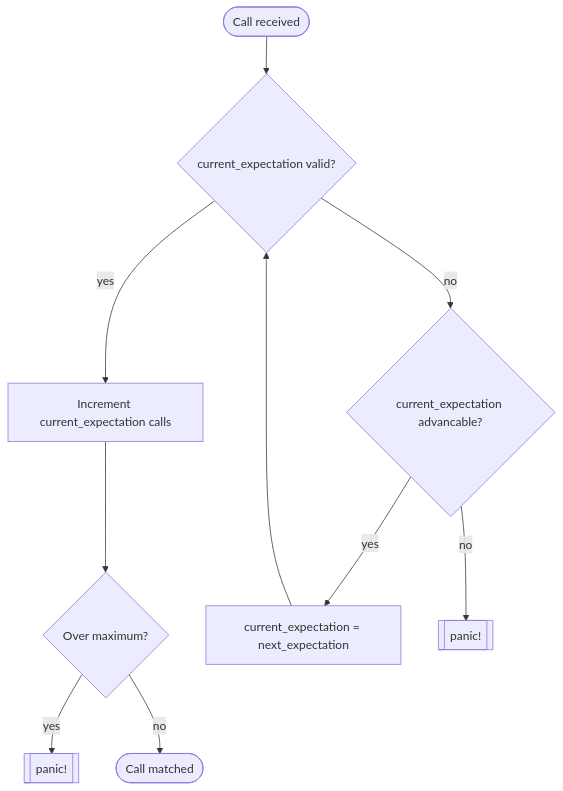
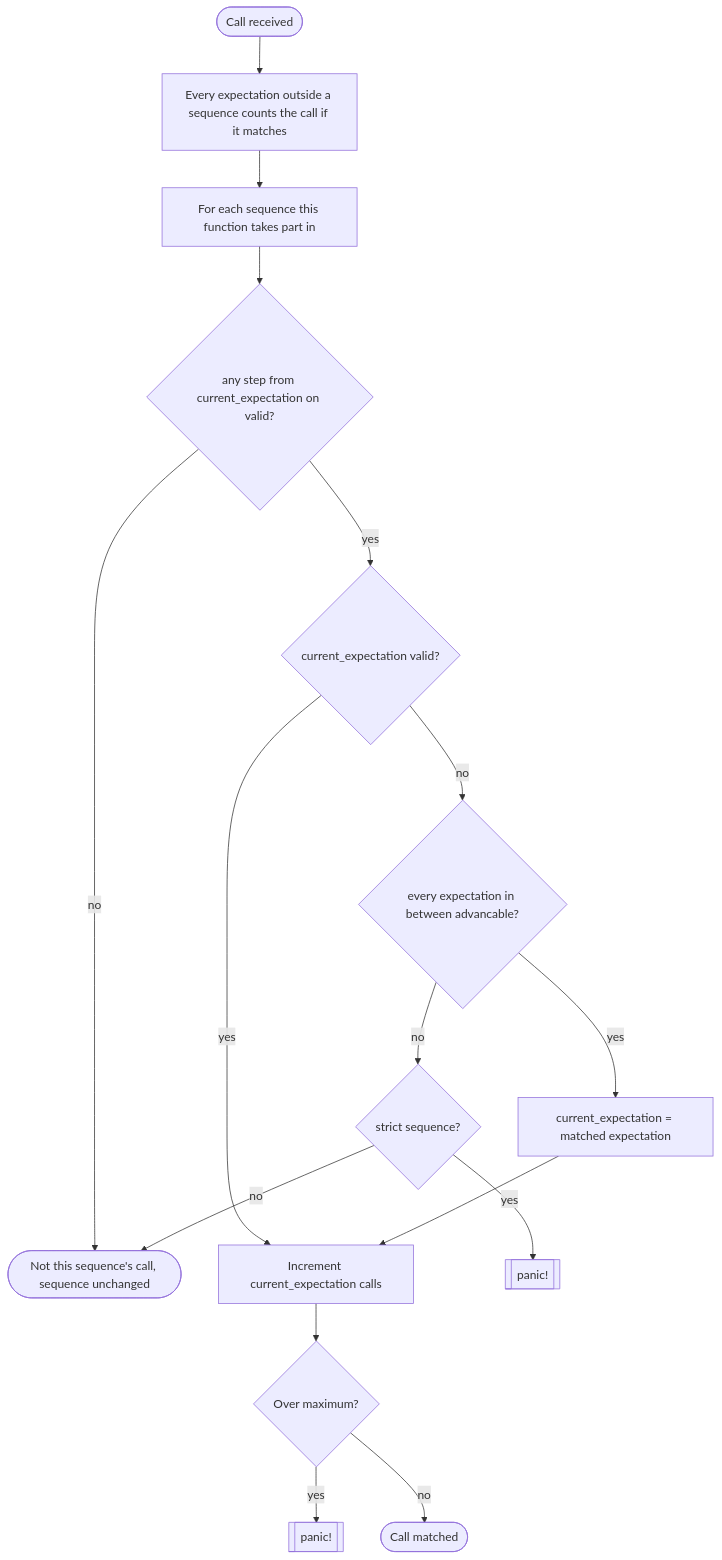
One commit to jakob-rzeppa/fnmock changed the diagram in docs/EXPECTATIONS.md. Above: the diagram before and after it, drawn with Mermaid. The commit also changed other lines of this file and 10 other files, not shown here.

````diff
--- a/docs/EXPECTATIONS.md
+++ b/docs/EXPECTATIONS.md
@@ -85,12 +168,18 @@
 ```mermaid
 flowchart TD
-    Start([Call received]) --> CheckValid{current_expectation valid?}
+    Start([Call received]) --> Unsequenced[Every expectation outside a sequence counts the call if it matches]
+    Unsequenced --> Each[For each sequence this function takes part in]
+    Each --> CheckAny{any step from current_expectation on valid?}
+    CheckAny -- no --> Ignored([Not this sequence's call, sequence unchanged])
+    CheckAny -- yes --> CheckValid{current_expectation valid?}
     CheckValid -- yes --> Increment[Increment current_expectation calls]
     Increment --> CheckMax{Over maximum?}
     CheckMax -- yes --> PanicMax[["panic!"]]
     CheckMax -- no --> Matched([Call matched])
-    CheckValid -- no --> CheckAdvancable{current_expectation advancable?}
-    CheckAdvancable -- yes --> Advance[current_expectation = next_expectation]
-    Advance --> CheckValid
-    CheckAdvancable -- no --> PanicSeq[["panic!"]]
+    CheckValid -- no --> CheckAdvancable{every expectation in between advancable?}
+    CheckAdvancable -- yes --> Advance[current_expectation = matched expectation]
+    Advance --> Increment
+    CheckAdvancable -- no --> CheckStrict{strict sequence?}
+    CheckStrict -- no --> Ignored
+    CheckStrict -- yes --> PanicSeq[["panic!"]]
 ```
````
